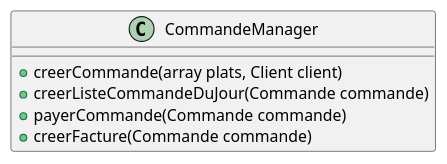
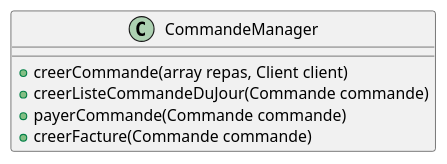
One commit to laurasullyalexandrine/expressfood changed the diagram in Class/CommandeManager.puml. Above: the diagram before and after it, drawn with PlantUML. The commit also changed 9 other files, not shown here.

```diff
--- a/Class/CommandeManager.puml
+++ b/Class/CommandeManager.puml
@@ -1,12 +1,12 @@
 @startuml CommandeManager
 
 Class CommandeManager {
 
-    + creerCommande(array plats, Client client)
+    + creerCommande(array repas, Client client)
     + creerListeCommandeDuJour(Commande commande)
     + payerCommande(Commande commande)
     + creerFacture(Commande commande)
     
     }
 
 @enduml
```
